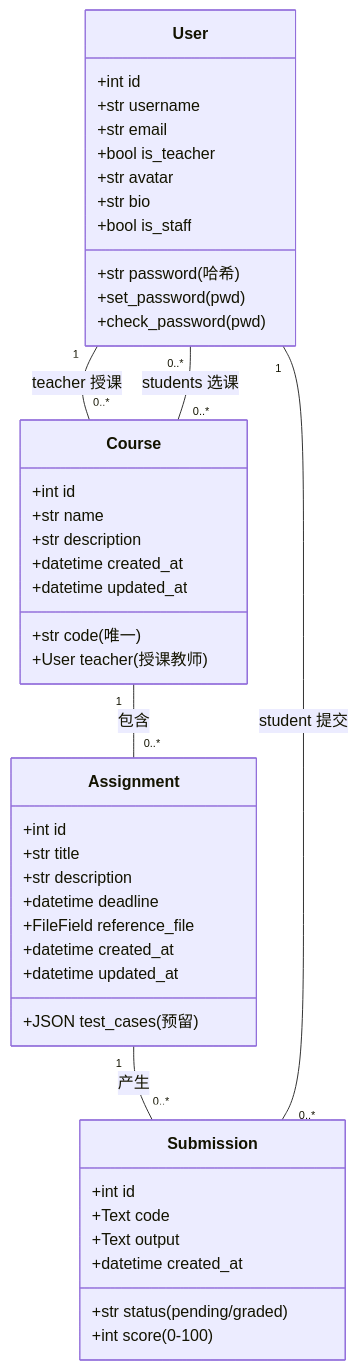
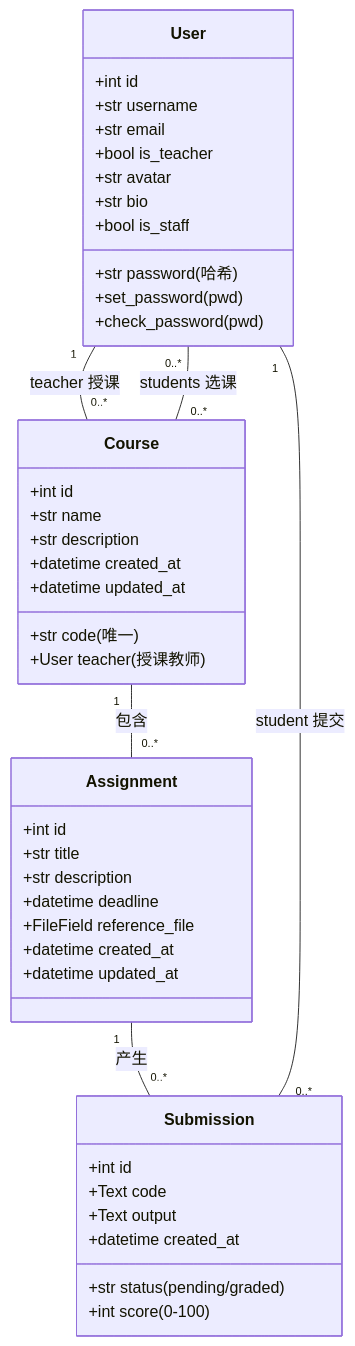
The first of 2 diagrams in 02_docs/详细设计说明书/类图.md (jijia-hui/-), drawn with Mermaid before and after one commit. The commit also changed other lines of this file and 18 other files, not shown here.

````diff
--- a/02_docs/详细设计说明书/类图.md
+++ b/02_docs/详细设计说明书/类图.md
@@ -8,48 +8,47 @@
 ```mermaid
 classDiagram
     class User {
         +int id
         +str username
         +str email
         +str password(哈希)
         +bool is_teacher
         +str avatar
         +str bio
         +bool is_staff
         +set_password(pwd)
         +check_password(pwd)
     }
     class Course {
         +int id
         +str name
         +str code(唯一)
         +str description
         +datetime created_at
         +datetime updated_at
         +User teacher(授课教师)
     }
     class Assignment {
         +int id
         +str title
         +str description
-        +JSON test_cases(预留)
         +datetime deadline
         +FileField reference_file
         +datetime created_at
         +datetime updated_at
     }
     class Submission {
         +int id
         +Text code
         +str status(pending/graded)
         +int score(0-100)
         +Text output
         +datetime created_at
     }
 
     User "1" -- "0..*" Course : teacher 授课
     User "0..*" -- "0..*" Course : students 选课
     Course "1" -- "0..*" Assignment : 包含
     Assignment "1" -- "0..*" Submission : 产生
     User "1" -- "0..*" Submission : student 提交
 ```
````
